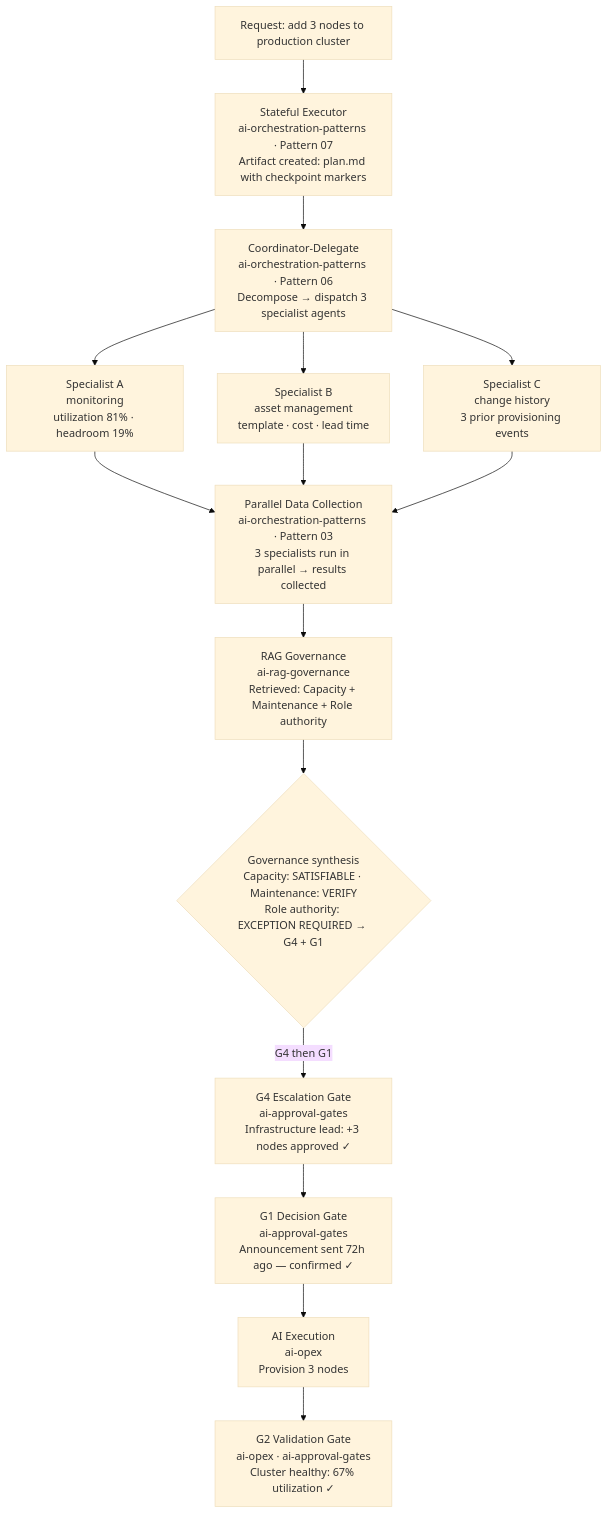
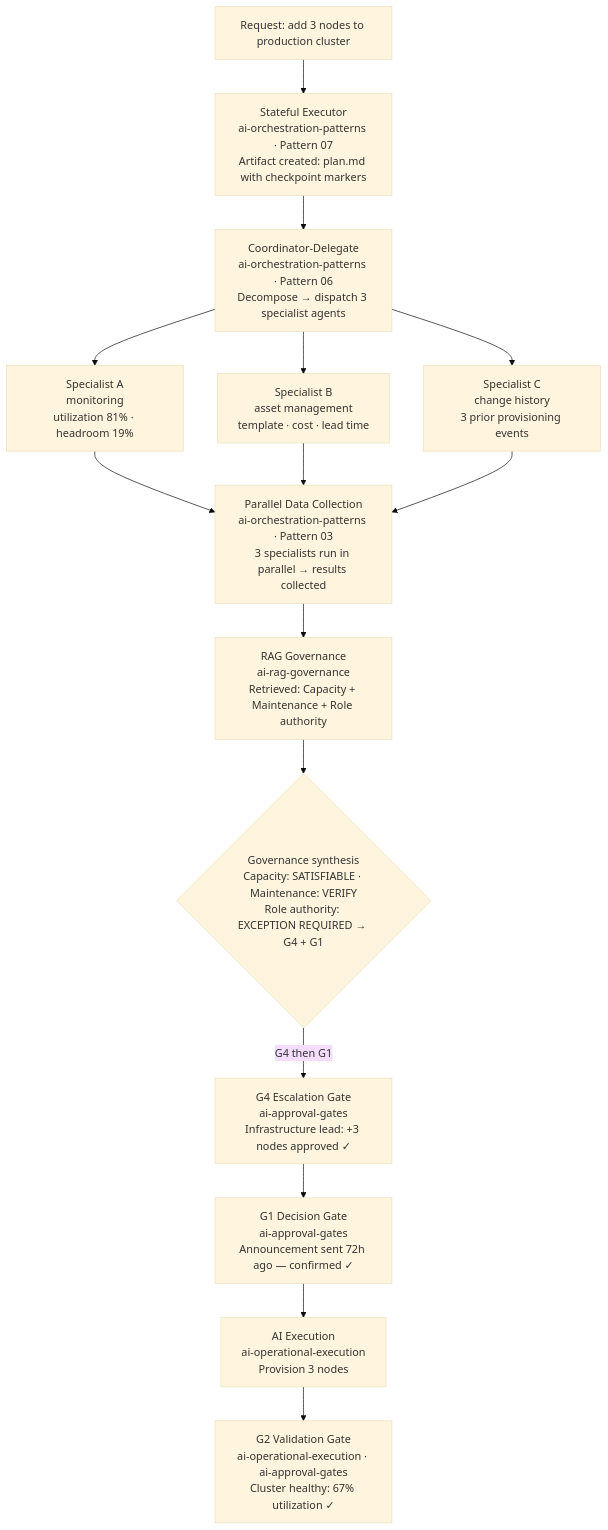
Before and after one commit to dmitrij-petrov/ai-infra-workflows: the second of 2 diagrams in docs/system-overview.md, drawn with Mermaid (base theme). The commit also changed other lines of this file and 3 other files, not shown here.

Commit message:
chore: rename ai-opex → ai-operational-execution in cross-repo references

````diff
--- a/docs/system-overview.md
+++ b/docs/system-overview.md
@@ -105,21 +105,21 @@
 ```mermaid
 flowchart TD
     A["Request: add 3 nodes to production cluster"]
     B["Stateful Executor<br/>ai-orchestration-patterns · Pattern 07<br/>Artifact created: plan.md with checkpoint markers"]
     C["Coordinator-Delegate<br/>ai-orchestration-patterns · Pattern 06<br/>Decompose → dispatch 3 specialist agents"]
     D1["Specialist A<br/>monitoring<br/>utilization 81% · headroom 19%"]
     D2["Specialist B<br/>asset management<br/>template · cost · lead time"]
     D3["Specialist C<br/>change history<br/>3 prior provisioning events"]
     E["Parallel Data Collection<br/>ai-orchestration-patterns · Pattern 03<br/>3 specialists run in parallel → results collected"]
     F["RAG Governance<br/>ai-rag-governance<br/>Retrieved: Capacity + Maintenance + Role authority"]
     G{"Governance synthesis<br/>Capacity: SATISFIABLE · Maintenance: VERIFY<br/>Role authority: EXCEPTION REQUIRED → G4 + G1"}
     H["G4 Escalation Gate<br/>ai-approval-gates<br/>Infrastructure lead: +3 nodes approved ✓"]
     I["G1 Decision Gate<br/>ai-approval-gates<br/>Announcement sent 72h ago — confirmed ✓"]
-    J["AI Execution<br/>ai-opex<br/>Provision 3 nodes"]
-    K["G2 Validation Gate<br/>ai-opex · ai-approval-gates<br/>Cluster healthy: 67% utilization ✓"]
+    J["AI Execution<br/>ai-operational-execution<br/>Provision 3 nodes"]
+    K["G2 Validation Gate<br/>ai-operational-execution · ai-approval-gates<br/>Cluster healthy: 67% utilization ✓"]
 
     A --> B --> C
     C --> D1 & D2 & D3
     D1 & D2 & D3 --> E --> F --> G
     G -->|G4 then G1| H --> I --> J --> K
 ```
````
